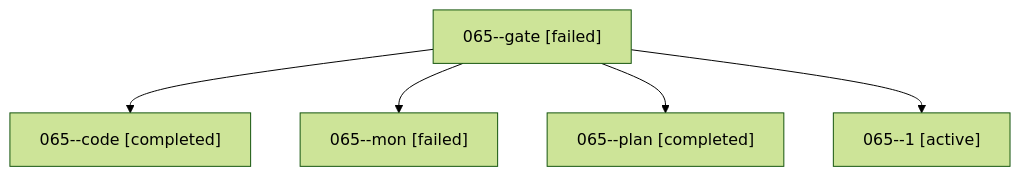
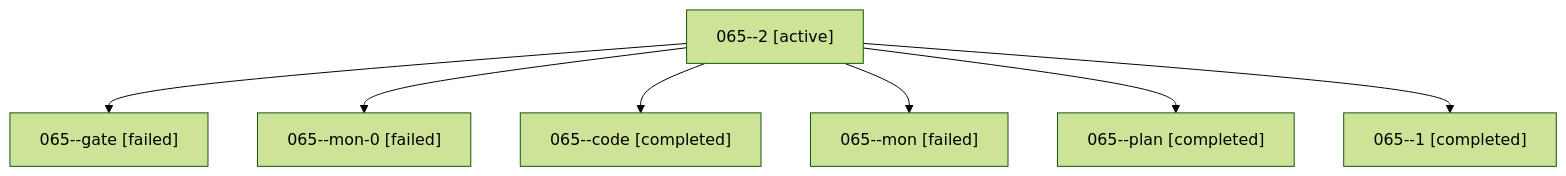
The diagram in families/bbugyi200.athena.065.md (bobs-org/bob-cli--agents), drawn with Mermaid (forest theme) before and after one commit. The commit also changed other lines of this file and 22 other files, not shown here.

````diff
--- a/families/bbugyi200.athena.065.md
+++ b/families/bbugyi200.athena.065.md
@@ -9,12 +9,16 @@
 ```mermaid
 flowchart TD
-  n0["065--gate [failed]"]
-  n1["065--code [completed]"]
+  n0["065--2 [active]"]
+  n1["065--gate [failed]"]
   n0 --> n1
-  n2["065--mon [failed]"]
+  n2["065--mon-0 [failed]"]
   n0 --> n2
-  n3["065--plan [completed]"]
+  n3["065--code [completed]"]
   n0 --> n3
-  n4["065--1 [active]"]
+  n4["065--mon [failed]"]
   n0 --> n4
+  n5["065--plan [completed]"]
+  n0 --> n5
+  n6["065--1 [completed]"]
+  n0 --> n6
 ```
````
